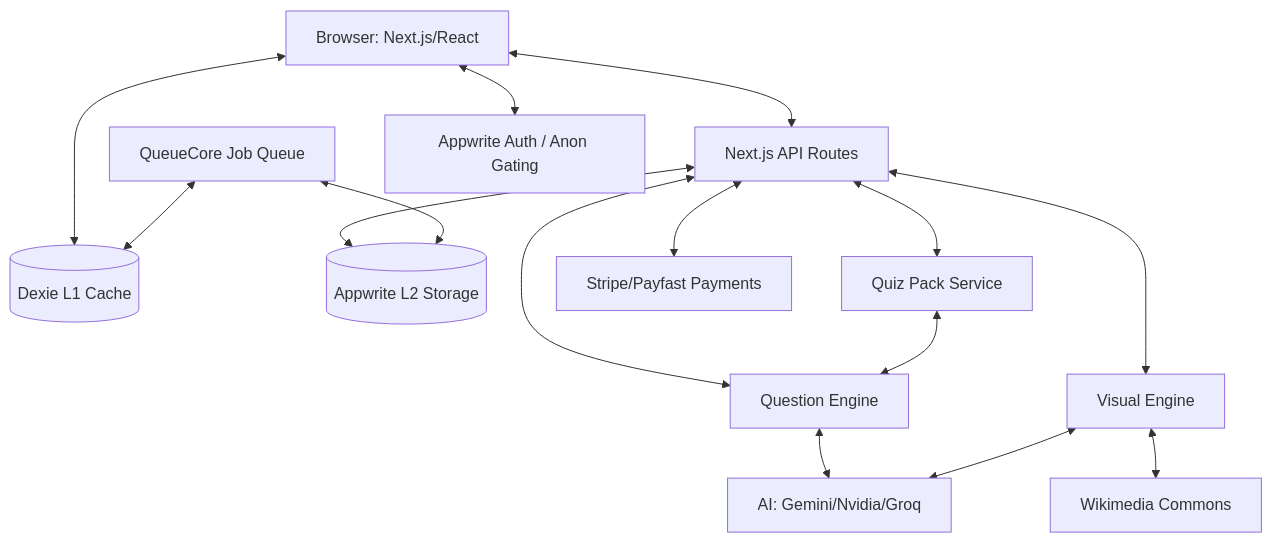
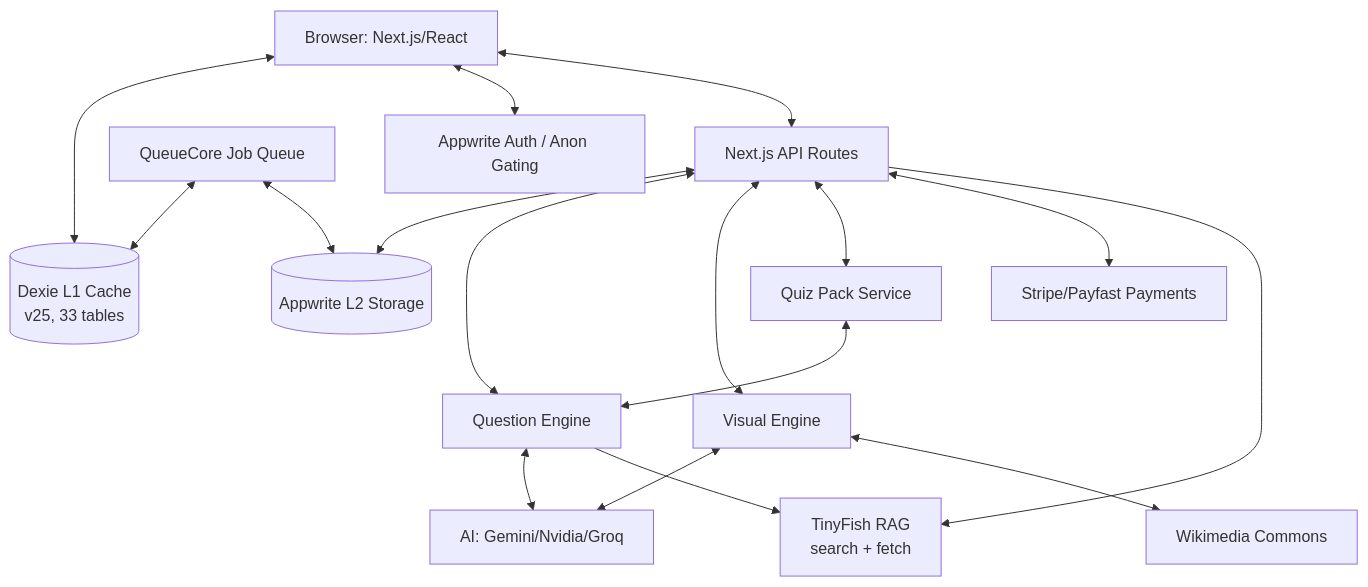
One commit to thembaxx/lumni changed the diagram in .context/system-design.md. Above: the diagram before and after it, drawn with Mermaid. The commit also changed other lines of this file and 9 other files, not shown here.

````diff
--- a/.context/system-design.md
+++ b/.context/system-design.md
@@ -8,30 +8,33 @@
 ```mermaid
 graph TD
     Client[Browser: Next.js/React]
-    Dexie[(Dexie L1 Cache)]
+    Dexie[(Dexie L1 Cache<br/>v25, 33 tables)]
     Appwrite[(Appwrite L2 Storage)]
     API[Next.js API Routes]
     Engine[Question Engine]
     Visual[Visual Engine]
     Pack[Quiz Pack Service]
     AI[AI: Gemini/Nvidia/Groq]
     Wiki[Wikimedia Commons]
+    RAG[TinyFish RAG<br/>search + fetch]
     Queue[QueueCore Job Queue]
     Auth[Appwrite Auth / Anon Gating]
     Stripe[Stripe/Payfast Payments]
 
     Client <--> Dexie
     Client <--> Auth
     Client <--> API
     API <--> Appwrite
     API <--> Engine
     API <--> Visual
     API <--> Pack
     API <--> Stripe
+    API --> RAG
     Engine <--> AI
+    Engine --> RAG
     Visual <--> AI
     Visual <--> Wiki
     Pack <--> Engine
     Queue <--> Dexie
     Queue <--> Appwrite
 ```
````
